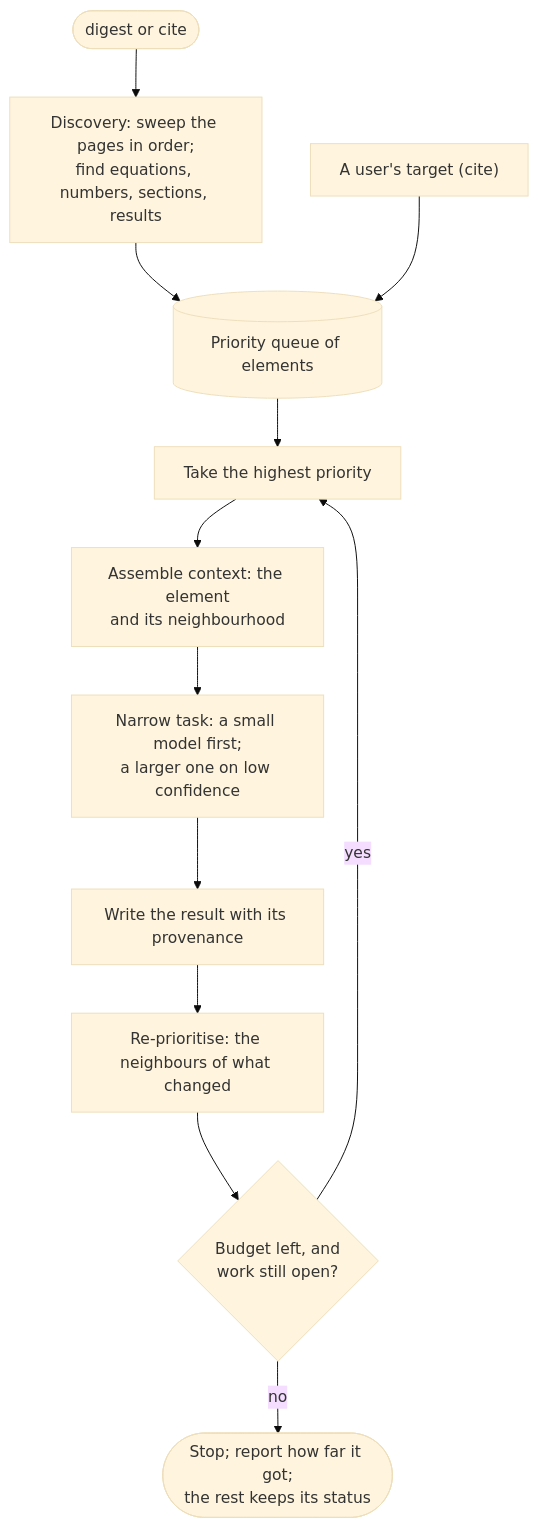
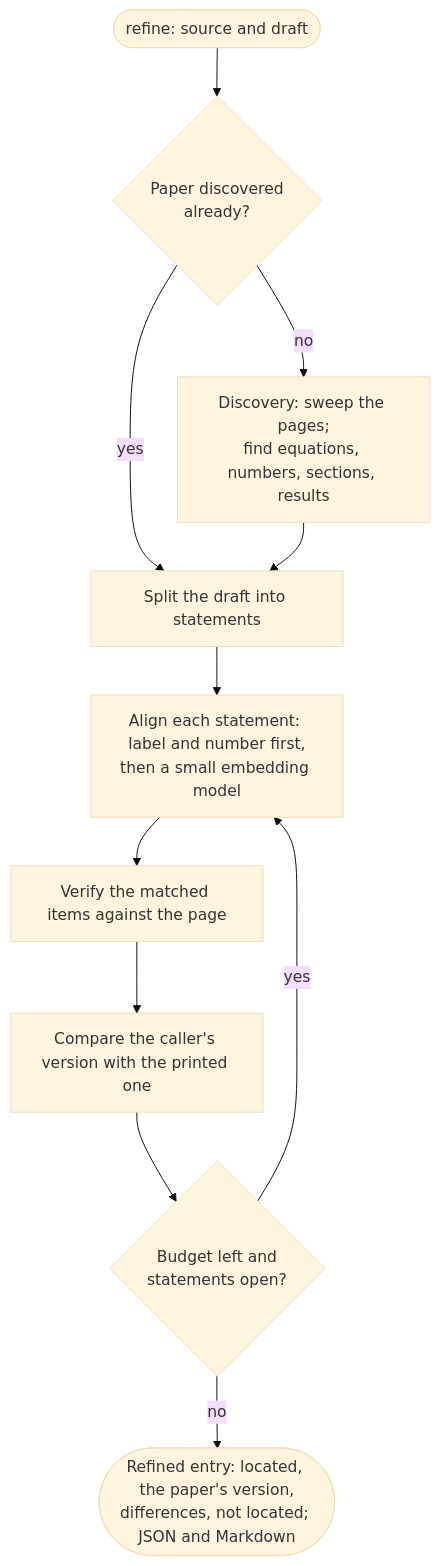
One commit to mdtisdall/math-aware-source-digest changed the second of 2 diagrams in planning/outputs.md. Above: the diagram before and after it, drawn with Mermaid (base theme). The commit also changed other lines of this file, not shown here.

First line of the commit message:
Plan: rewrite the output specification around refine (#35)

````diff
--- a/planning/outputs.md
+++ b/planning/outputs.md
@@ -103,14 +176,13 @@
 ```mermaid
 flowchart TD
-    start(["digest or cite"]) --> discover["Discovery: sweep the pages in order;<br/>find equations, numbers, sections, results"]
-    discover --> queue[("Priority queue of elements")]
-    target["A user's target (cite)"] --> queue
-    queue --> pick["Take the highest priority"]
-    pick --> context["Assemble context: the element<br/>and its neighbourhood"]
-    context --> task["Narrow task: a small model first;<br/>a larger one on low confidence"]
-    task --> write["Write the result with its provenance"]
-    write --> spread["Re-prioritise: the neighbours of what changed"]
-    spread --> check{"Budget left, and<br/>work still open?"}
-    check -->|"yes"| pick
-    check -->|"no"| stop(["Stop; report how far it got;<br/>the rest keeps its status"])
+    start(["refine: source and draft"]) --> known{"Paper discovered<br/>already?"}
+    known -->|"no"| discover["Discovery: sweep the pages;<br/>find equations, numbers, sections, results"]
+    known -->|"yes"| split
+    discover --> split["Split the draft into statements"]
+    split --> align["Align each statement: label and number first,<br/>then a small embedding model"]
+    align --> verify["Verify the matched items against the page"]
+    verify --> compare["Compare the caller's version with the printed one"]
+    compare --> check{"Budget left and<br/>statements open?"}
+    check -->|"yes"| align
+    check -->|"no"| out(["Refined entry: located, the paper's version,<br/>differences, not located; JSON and Markdown"])
 ```
````
